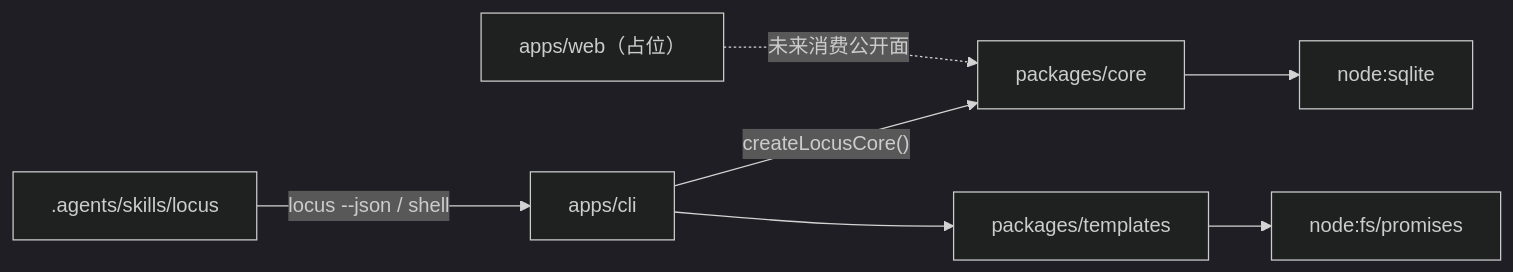
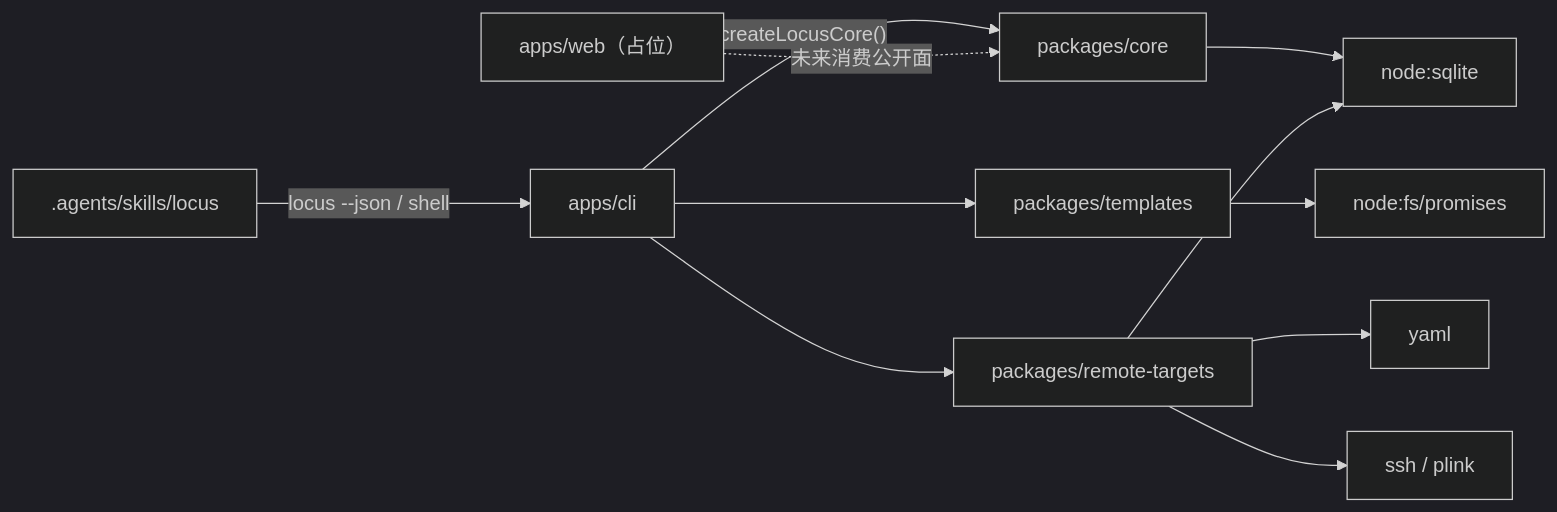
One commit to SWdrift/locus-workspace changed the diagram in docs/architecture.md. Above: the diagram before and after it, drawn with Mermaid (dark theme). The commit also changed other lines of this file and 24 other files, not shown here.

````diff
--- a/docs/architecture.md
+++ b/docs/architecture.md
@@ -23,9 +24,13 @@
 ```mermaid
 flowchart LR
     CLI["apps/cli"] -->|"createLocusCore()"| CORE["packages/core"]
     SKILL[".agents/skills/locus"] -->|"locus --json / shell"| CLI
     CORE --> SQLITE["node:sqlite"]
     CLI --> TPL["packages/templates"]
     TPL --> FS["node:fs/promises"]
+    CLI --> RT["packages/remote-targets"]
+    RT --> YAML["yaml"]
+    RT --> SQLITE
+    RT --> SSH["ssh / plink"]
     WEB["apps/web（占位）"] -.->|"未来消费公开面"| CORE
 ```
````
